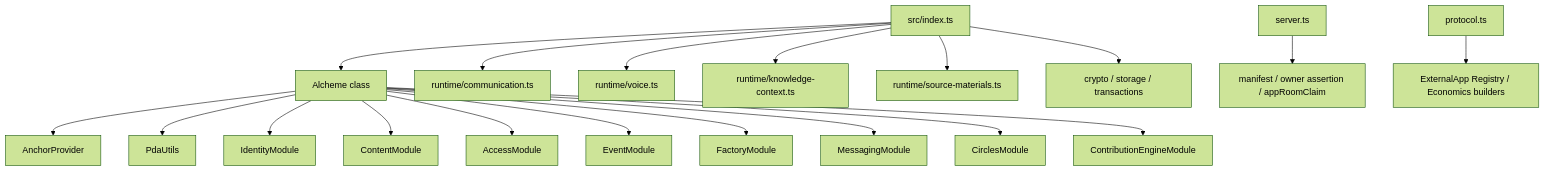
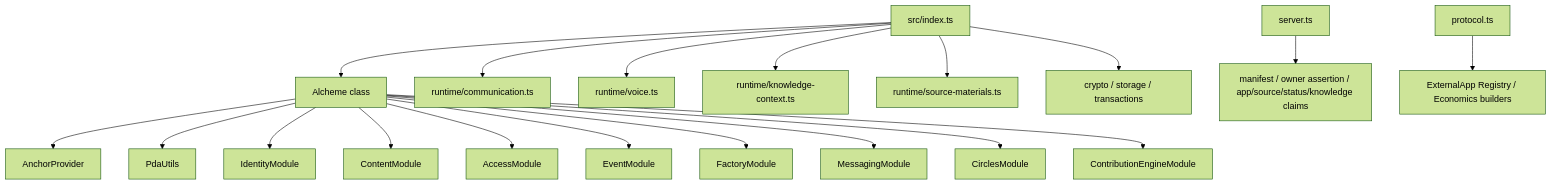
One commit to alcheme-labs/alcheme-protocol changed the second of 2 diagrams in sdk/README.md. Above: the diagram before and after it, drawn with Mermaid (forest theme). The commit also changed other lines of this file and 6 other files, not shown here.

````diff
--- a/sdk/README.md
+++ b/sdk/README.md
@@ -23,21 +23,21 @@
 ```mermaid
 flowchart TB
     index["src/index.ts"] --> alcheme["Alcheme class"]
     alcheme --> provider["AnchorProvider"]
     alcheme --> pda["PdaUtils"]
     alcheme --> identity["IdentityModule"]
     alcheme --> content["ContentModule"]
     alcheme --> access["AccessModule"]
     alcheme --> event["EventModule"]
     alcheme --> factory["FactoryModule"]
     alcheme --> messaging["MessagingModule"]
     alcheme --> circles["CirclesModule"]
     alcheme --> contribution["ContributionEngineModule"]
     index --> communication["runtime/communication.ts"]
     index --> voice["runtime/voice.ts"]
     index --> knowledge_context["runtime/knowledge-context.ts"]
     index --> source_materials["runtime/source-materials.ts"]
-    server["server.ts"] --> claims["manifest / owner assertion / appRoomClaim"]
+    server["server.ts"] --> claims["manifest / owner assertion / app/source/status/knowledge claims"]
     protocol["protocol.ts"] --> external["ExternalApp Registry / Economics builders"]
     index --> utils["crypto / storage / transactions"]
 ```
````
